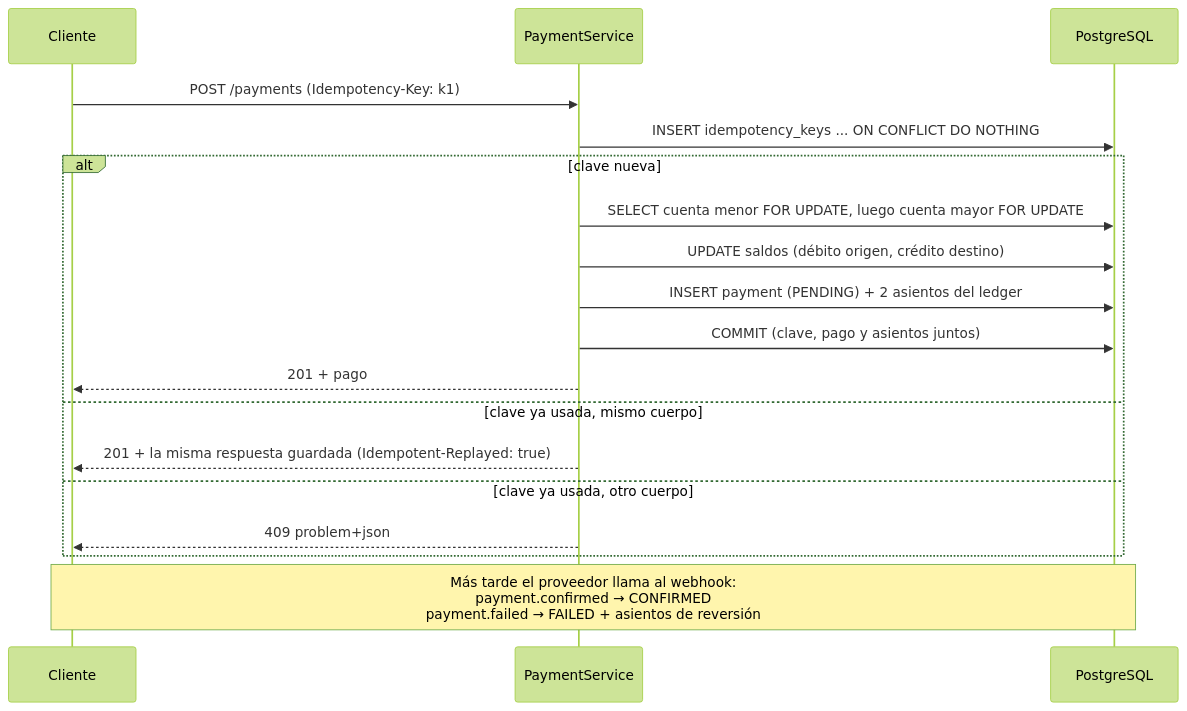
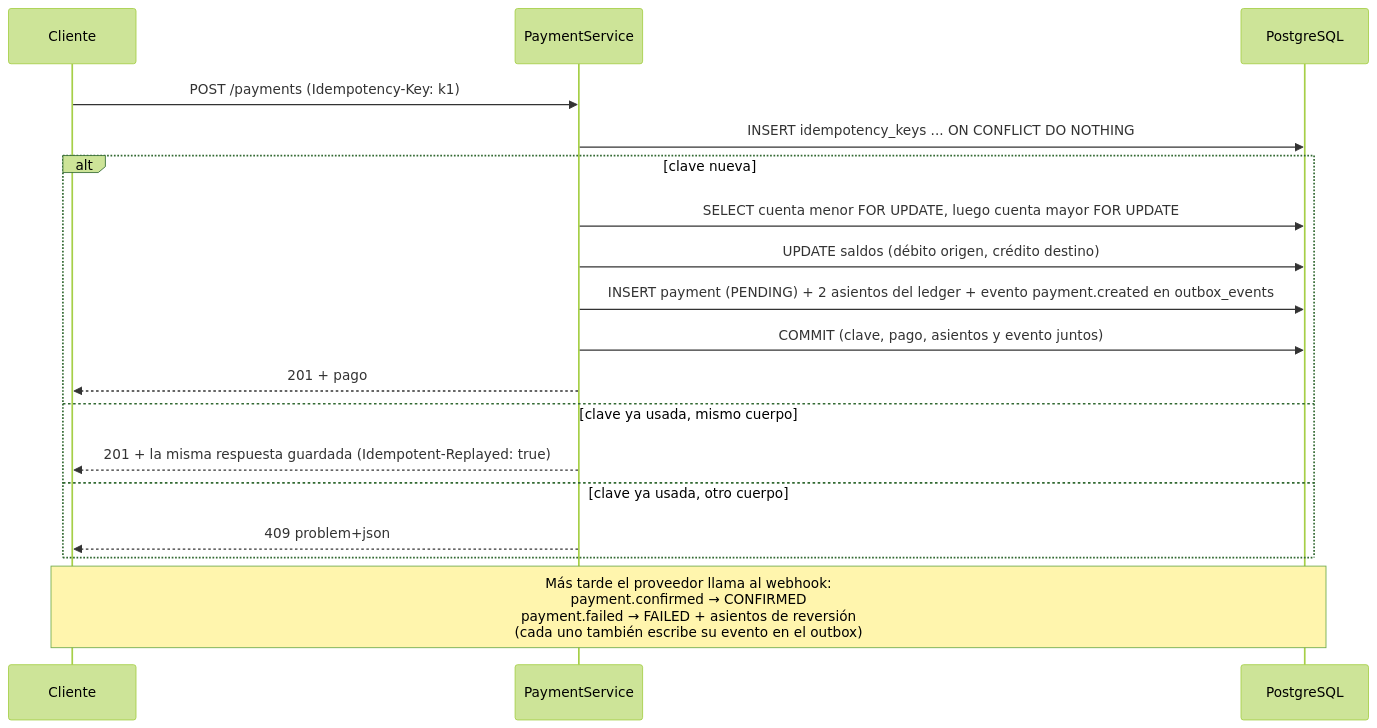
One commit to Frandercc1234/payments-service changed the second of 3 diagrams in README.md. Above: the diagram before and after it, drawn with Mermaid (forest theme). The commit also changed other lines of this file and 1 other file, not shown here.

Commit message:
N5: README con RabbitMQ en el stack, arquitectura y decisiones del outbox; guia de estudio ampliada

````diff
--- a/README.md
+++ b/README.md
@@ -51,20 +75,20 @@
 ```mermaid
 sequenceDiagram
     participant C as Cliente
     participant S as PaymentService
     participant DB as PostgreSQL
     C->>S: POST /payments (Idempotency-Key: k1)
     S->>DB: INSERT idempotency_keys ... ON CONFLICT DO NOTHING
     alt clave nueva
         S->>DB: SELECT cuenta menor FOR UPDATE, luego cuenta mayor FOR UPDATE
         S->>DB: UPDATE saldos (débito origen, crédito destino)
-        S->>DB: INSERT payment (PENDING) + 2 asientos del ledger
-        S->>DB: COMMIT (clave, pago y asientos juntos)
+        S->>DB: INSERT payment (PENDING) + 2 asientos del ledger + evento payment.created en outbox_events
+        S->>DB: COMMIT (clave, pago, asientos y evento juntos)
         S-->>C: 201 + pago
     else clave ya usada, mismo cuerpo
         S-->>C: 201 + la misma respuesta guardada (Idempotent-Replayed: true)
     else clave ya usada, otro cuerpo
         S-->>C: 409 problem+json
     end
-    Note over C,DB: Más tarde el proveedor llama al webhook:<br/>payment.confirmed → CONFIRMED<br/>payment.failed → FAILED + asientos de reversión
+    Note over C,DB: Más tarde el proveedor llama al webhook:<br/>payment.confirmed → CONFIRMED<br/>payment.failed → FAILED + asientos de reversión<br/>(cada uno también escribe su evento en el outbox)
 ```
````
